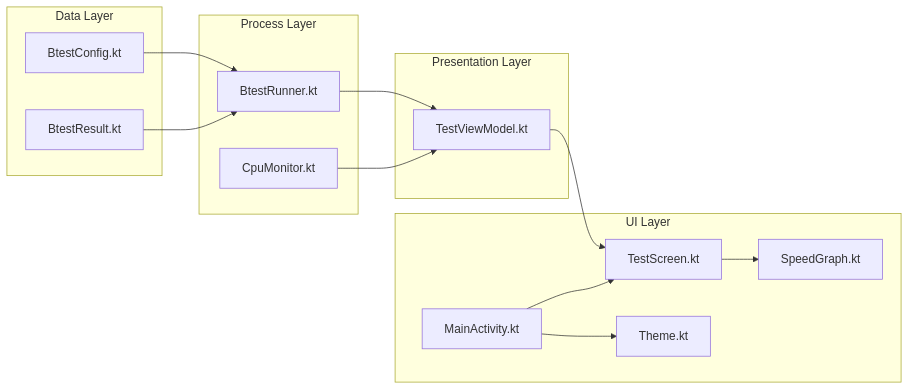
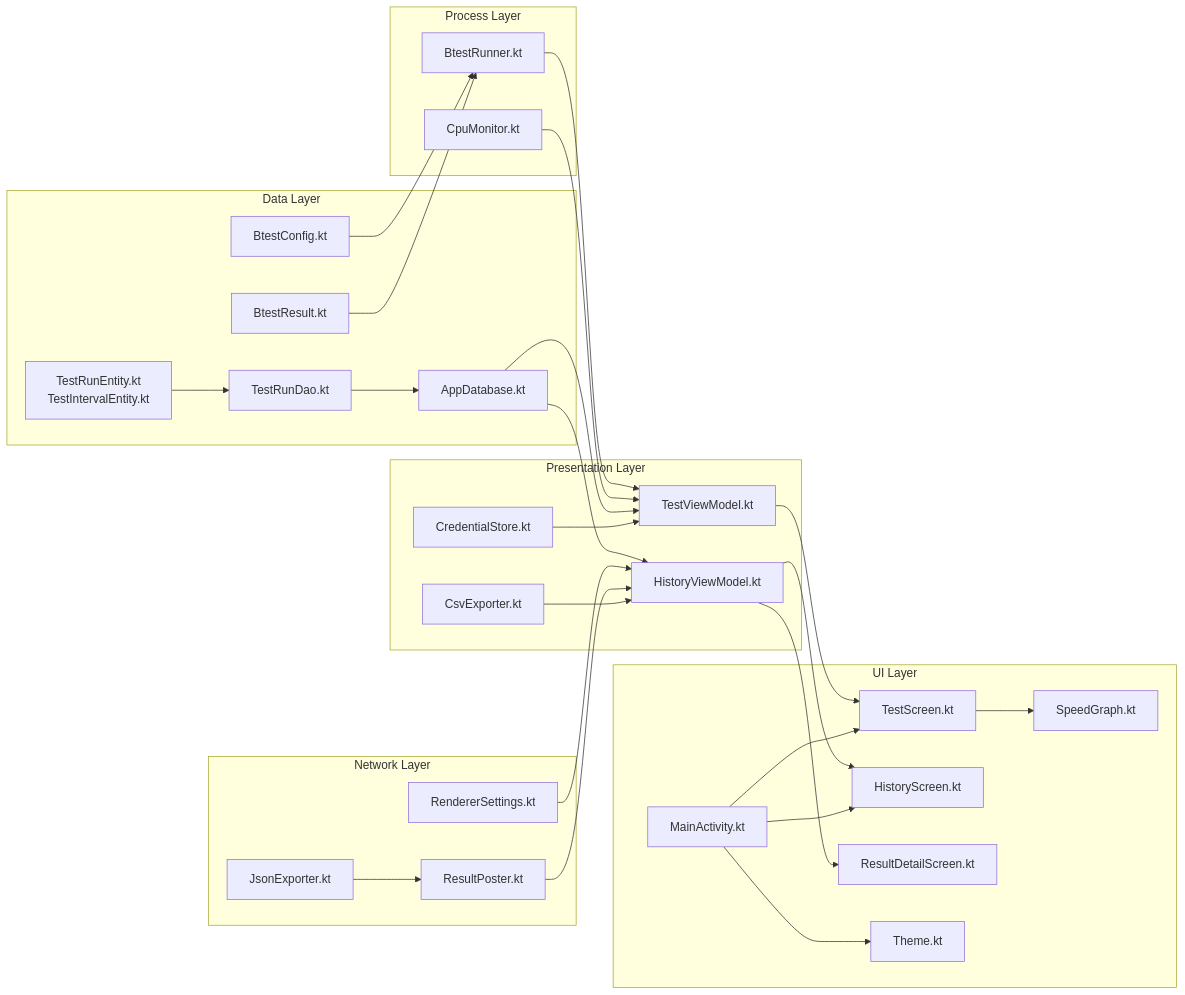
One commit to manawenuz/btest-rs-android changed the second of 8 diagrams in docs/architecture.md. Above: the diagram before and after it, drawn with Mermaid. The commit also changed other lines of this file and 2 other files, not shown here.

````diff
--- a/docs/architecture.md
+++ b/docs/architecture.md
@@ -41,32 +51,58 @@
 ```mermaid
 graph LR
     subgraph Data Layer
         BC[BtestConfig.kt]
         BR[BtestResult.kt]
+        Entity[TestRunEntity.kt<br/>TestIntervalEntity.kt]
+        DAO[TestRunDao.kt]
+        AppDB[AppDatabase.kt]
     end
 
     subgraph Process Layer
         BRun[BtestRunner.kt]
         CM[CpuMonitor.kt]
     end
 
+    subgraph Network Layer
+        JP[JsonExporter.kt]
+        RP[ResultPoster.kt]
+        RS[RendererSettings.kt]
+    end
+
     subgraph Presentation Layer
         TVM[TestViewModel.kt]
+        HVM[HistoryViewModel.kt]
+        CS[CredentialStore.kt]
+        CSV[CsvExporter.kt]
     end
 
     subgraph UI Layer
         MA[MainActivity.kt]
         TS[TestScreen.kt]
+        HS[HistoryScreen.kt]
+        RD[ResultDetailScreen.kt]
         SG[SpeedGraph.kt]
         TH[Theme.kt]
     end
 
     BC --> BRun
     BR --> BRun
     BRun --> TVM
     CM --> TVM
+    Entity --> DAO
+    DAO --> AppDB
+    AppDB --> TVM
+    AppDB --> HVM
     TVM --> TS
+    HVM --> HS
+    HVM --> RD
     TS --> SG
     MA --> TS
+    MA --> HS
     MA --> TH
+    JP --> RP
+    RS --> HVM
+    RP --> HVM
+    CS --> TVM
+    CSV --> HVM
 ```
````
